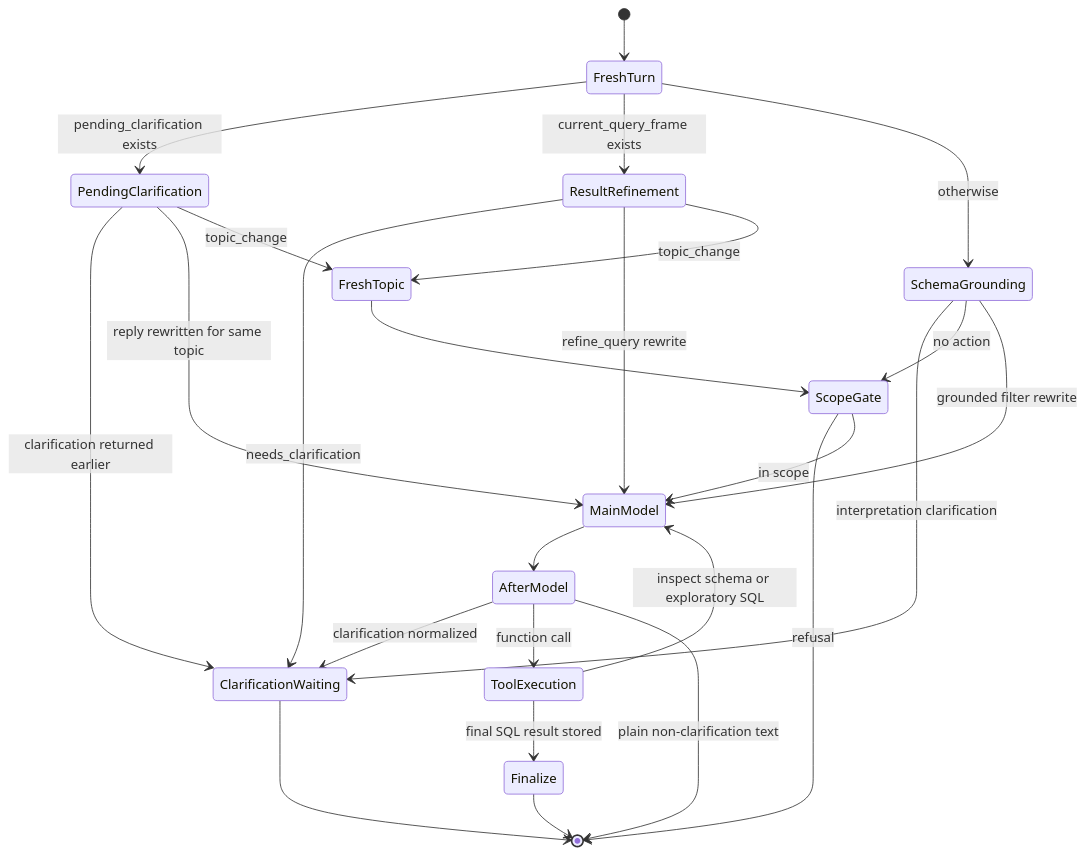
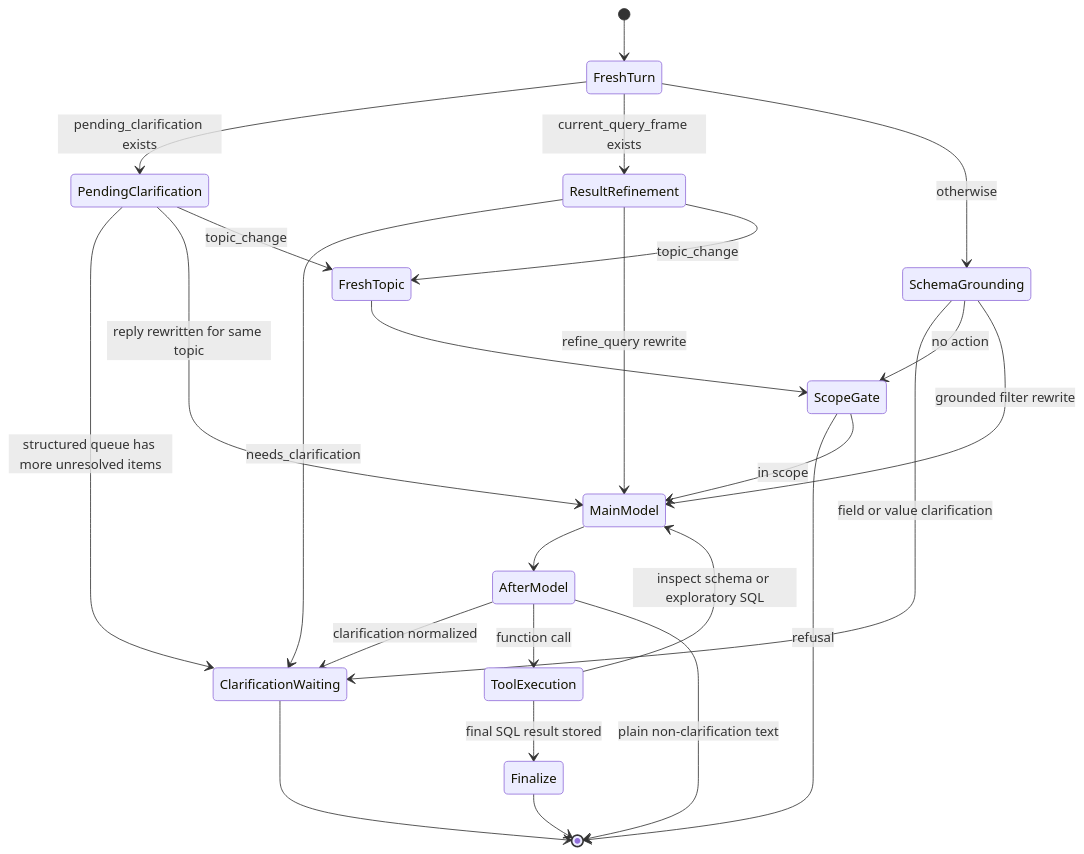
The second of 5 diagrams in src/agent_zoo/sql_agent/README.md (Isaaccheong95/agent-zoo), drawn with Mermaid before and after one commit. The commit also changed other lines of this file and 4 other files, not shown here.

Commit message:
feat(sql-grounding): implement structured schema-grounding items with sequential clarification flow and authoritative schema labels

````diff
--- a/src/agent_zoo/sql_agent/README.md
+++ b/src/agent_zoo/sql_agent/README.md
@@ -1414,33 +1464,33 @@
 ```mermaid
 stateDiagram-v2
     [*] --> FreshTurn
     FreshTurn --> PendingClarification : pending_clarification exists
     FreshTurn --> ResultRefinement : current_query_frame exists
     FreshTurn --> SchemaGrounding : otherwise
 
-    PendingClarification --> ClarificationWaiting : clarification returned earlier
+      PendingClarification --> ClarificationWaiting : structured queue has more unresolved items
     PendingClarification --> MainModel : reply rewritten for same topic
     PendingClarification --> FreshTopic : topic_change
 
     ResultRefinement --> ClarificationWaiting : needs_clarification
     ResultRefinement --> MainModel : refine_query rewrite
     ResultRefinement --> FreshTopic : topic_change
 
     FreshTopic --> ScopeGate
-    SchemaGrounding --> ClarificationWaiting : interpretation clarification
+      SchemaGrounding --> ClarificationWaiting : field or value clarification
     SchemaGrounding --> ScopeGate : no action
     SchemaGrounding --> MainModel : grounded filter rewrite
 
     ScopeGate --> [*] : refusal
     ScopeGate --> MainModel : in scope
 
     MainModel --> AfterModel
     AfterModel --> ClarificationWaiting : clarification normalized
     AfterModel --> ToolExecution : function call
     AfterModel --> [*] : plain non-clarification text
 
     ToolExecution --> MainModel : inspect schema or exploratory SQL
     ToolExecution --> Finalize : final SQL result stored
     Finalize --> [*]
     ClarificationWaiting --> [*]
 ```
````
